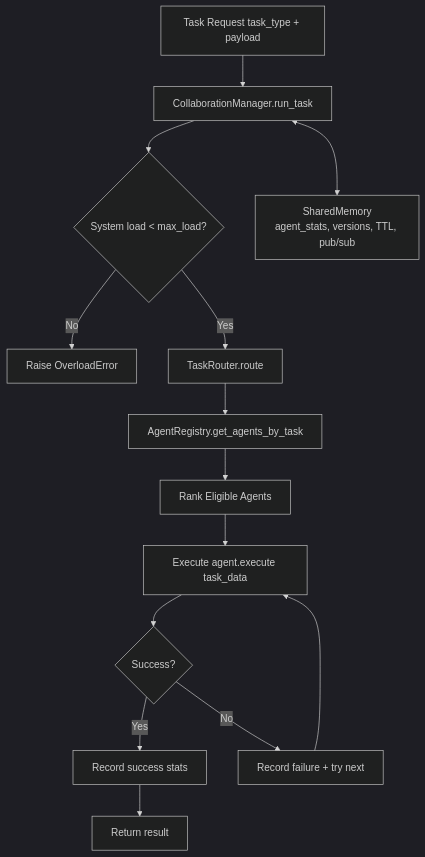
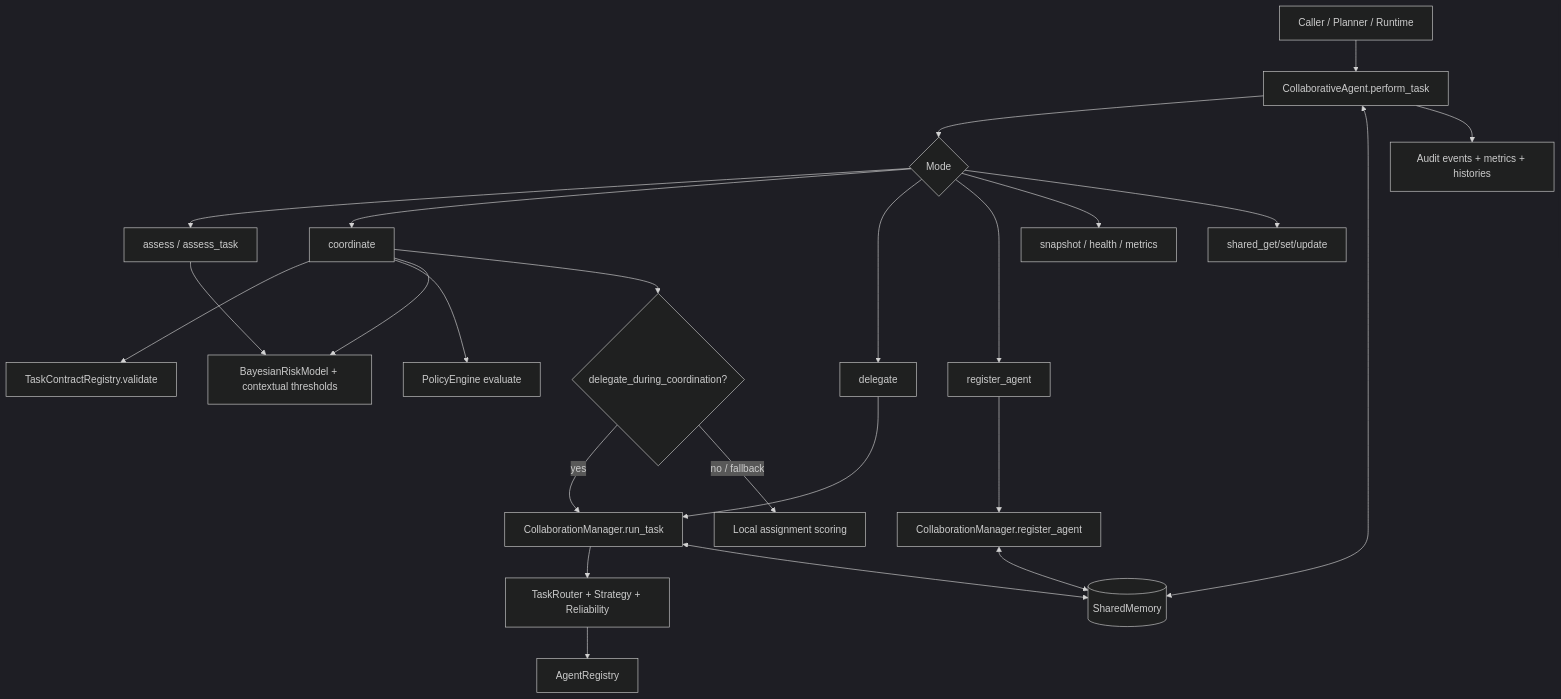
One commit to The-Outsider-97/SLAI changed the first of 2 diagrams in src/agents/collaborative/README.md. Above: the diagram before and after it, drawn with Mermaid (dark theme). The commit also changed other lines of this file, not shown here.

First line of the commit message:
Revise README for Collaborative Agent Module

````diff
--- a/src/agents/collaborative/README.md
+++ b/src/agents/collaborative/README.md
@@ -22,18 +32,32 @@
 ```mermaid
 flowchart TD
-    A[Task Request task_type + payload] --> B[CollaborationManager.run_task]
-    B --> C{System load < max_load?}
-    C -- No --> E[Raise OverloadError]
-    C -- Yes --> D[TaskRouter.route]
+    A[Caller / Planner / Runtime] --> B[CollaborativeAgent.perform_task]
 
-    D --> F[AgentRegistry.get_agents_by_task]
-    F --> G[Rank Eligible Agents]
-    G --> H[Execute agent.execute task_data]
-    H --> I{Success?}
-    I -- Yes --> J[Record success stats]
-    I -- No --> K[Record failure + try next]
-    K --> H
-    J --> L[Return result]
+    B --> C{Mode}
+    C --> C1[assess / assess_task]
+    C --> C2[coordinate]
+    C --> C3[delegate]
+    C --> C4[register_agent]
+    C --> C5[snapshot / health / metrics]
+    C --> C6[shared_get/set/update]
 
-    B <--> M[SharedMemory\nagent_stats, versions, TTL, pub/sub]
+    C1 --> R1[BayesianRiskModel + contextual thresholds]
+    C2 --> V1[TaskContractRegistry.validate]
+    C2 --> P1[PolicyEngine evaluate]
+    C2 --> R1
+    C2 --> M1{delegate_during_coordination?}
+    M1 -->|yes| D1[CollaborationManager.run_task]
+    M1 -->|no / fallback| L1[Local assignment scoring]
+
+    C3 --> D1
+    C4 --> D2[CollaborationManager.register_agent]
+
+    D1 --> S1[TaskRouter + Strategy + Reliability]
+    S1 --> G1[AgentRegistry]
+
+    B <--> SH[(SharedMemory)]
+    B --> AU[Audit events + metrics + histories]
+
+    D1 <--> SH
+    D2 <--> SH
 ```
````
